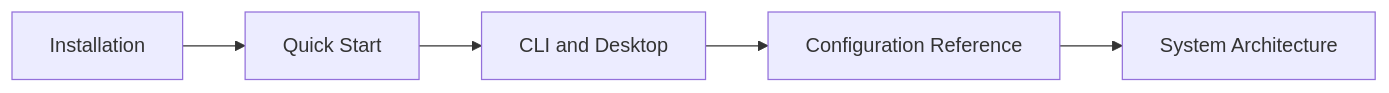
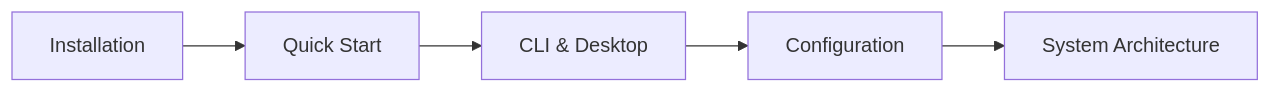
Before and after one commit to tks18/personal-finance-etl: the seventh of 12 diagrams in docs/README.md, drawn with Mermaid. The commit also changed other lines of this file, not shown here.

````diff
--- a/docs/README.md
+++ b/docs/README.md
@@ -91,4 +254,4 @@
 ```mermaid
 flowchart LR
-    A["Installation"] --> B["Quick Start"] --> C["CLI and Desktop"] --> D["Configuration Reference"] --> E["System Architecture"]
+    I["Installation"] --> Q["Quick Start"] --> UI["CLI & Desktop"] --> CFG["Configuration"] --> SA["System Architecture"]
 ```
````
